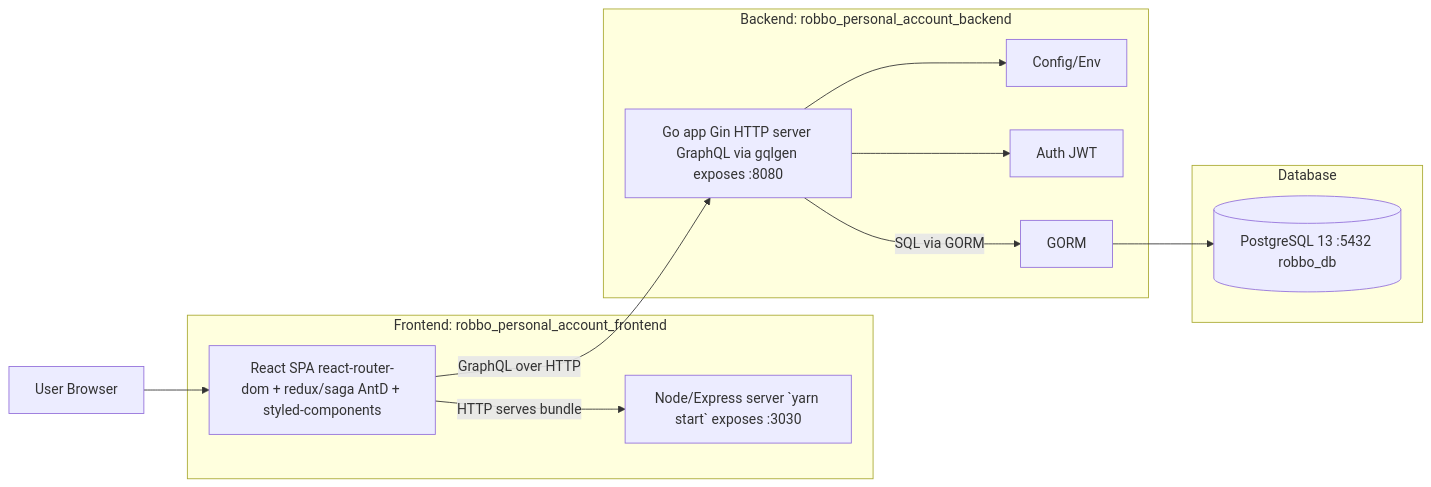
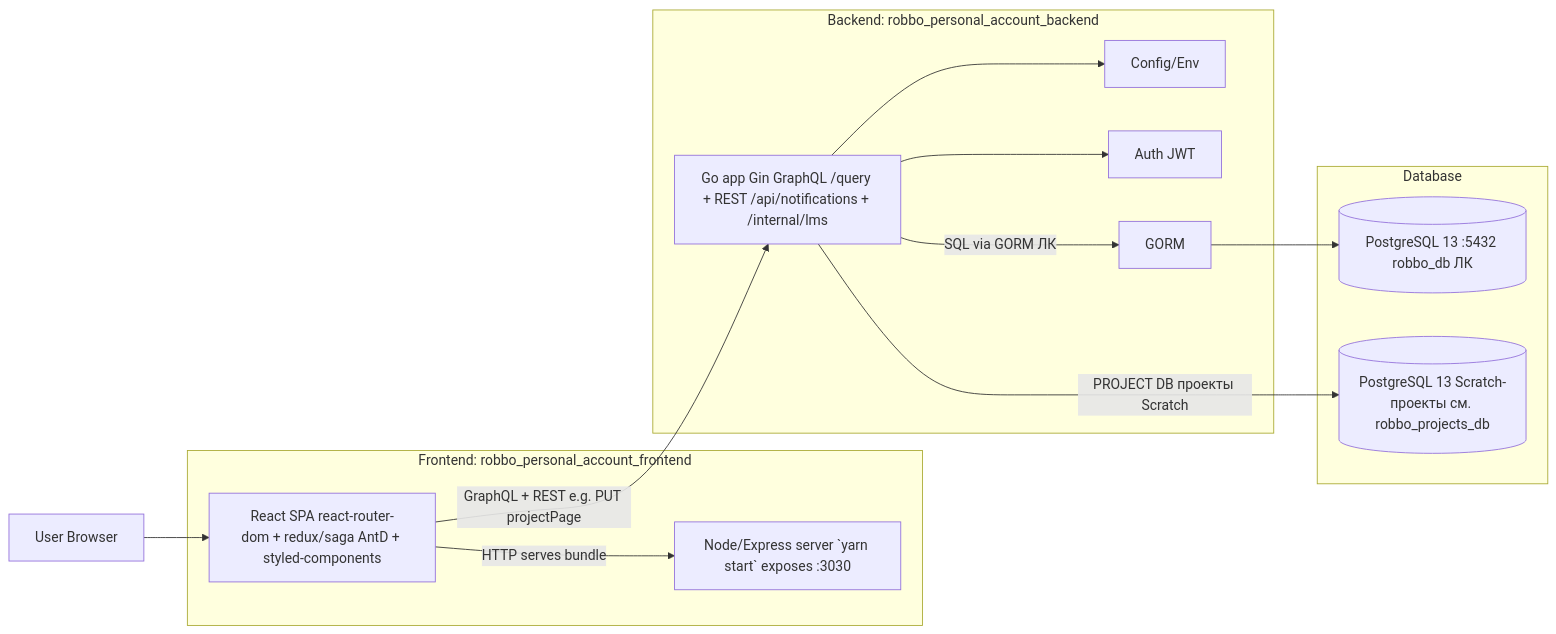
One commit to gamr416/robbo_personal_account changed the first of 3 diagrams in architecture/ARCHITECTURE.md. Above: the diagram before and after it, drawn with Mermaid. The commit also changed other lines of this file and 13 other files, not shown here.

First line of the commit message:
docs: добавить architecture и robbo_projects_db в монорепозиторий

````diff
--- a/architecture/ARCHITECTURE.md
+++ b/architecture/ARCHITECTURE.md
@@ -1,28 +1,30 @@
 ```mermaid
 flowchart LR
   U[User Browser]
 
   subgraph FE[Frontend: robbo_personal_account_frontend]
     FEUI[React SPA react-router-dom + redux/saga AntD + styled-components]
     FESRV[Node/Express server `yarn start` exposes :3030]
   end
 
   subgraph BE[Backend: robbo_personal_account_backend]
-    API[Go app Gin HTTP server GraphQL via gqlgen exposes :8080]
+    API[Go app Gin GraphQL /query + REST /api/notifications + /internal/lms]
     CFG[Config/Env]
     AUTH[Auth JWT]
     ORM[GORM]
   end
 
   subgraph DB[Database]
-    PG[(PostgreSQL 13 :5432 robbo_db)]
+    PG[(PostgreSQL 13 :5432 robbo_db ЛК)]
+    PGProj[(PostgreSQL 13 Scratch-проекты см. robbo_projects_db)]
   end
 
   U --> FEUI
   FEUI -->|HTTP serves bundle| FESRV
 
-  FEUI -->|GraphQL over HTTP| API
-  API -->|SQL via GORM| ORM --> PG
+  FEUI -->|GraphQL + REST e.g. PUT projectPage| API
+  API -->|SQL via GORM ЛК| ORM --> PG
+  API -->|PROJECT DB проекты Scratch| PGProj
   API --> CFG
   API --> AUTH
 ```
````
